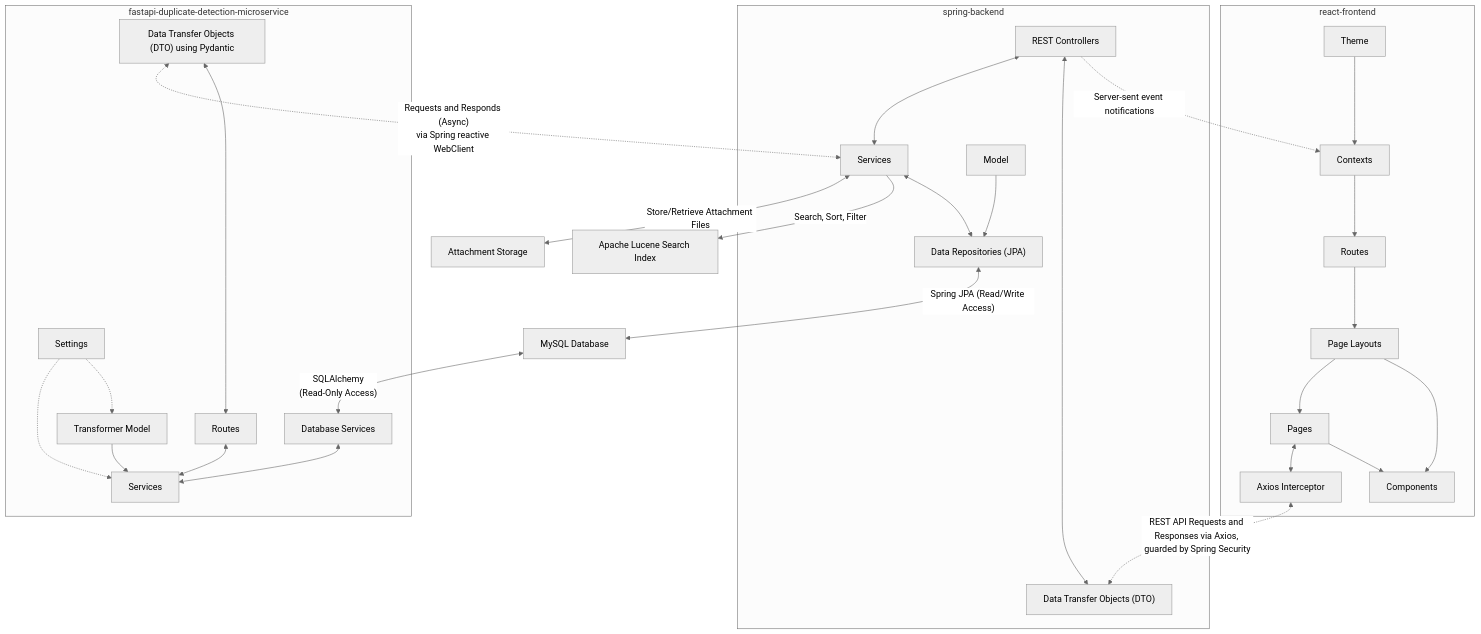
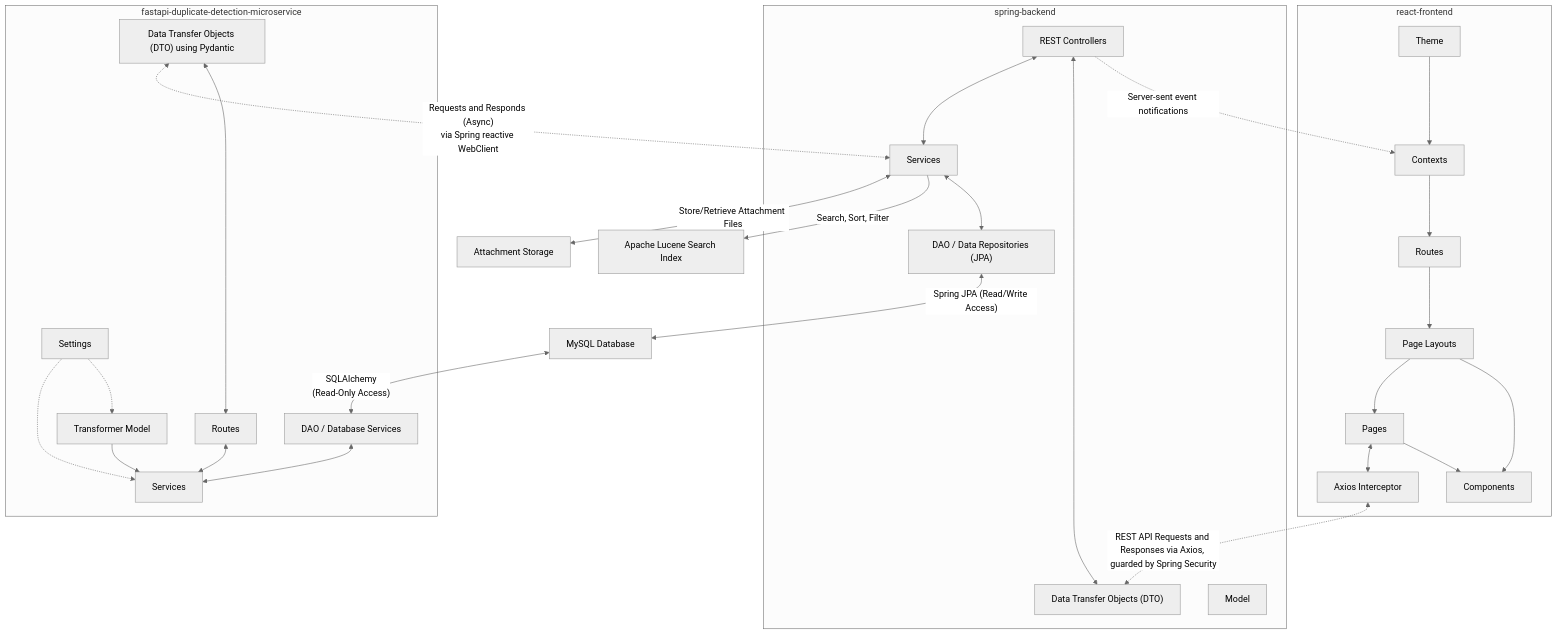
One commit to VrishtiVA/software-bug-reporting-and-tracking-system changed the second of 2 diagrams in DOCUMENTATION/ARCH.md. Above: the diagram before and after it, drawn with Mermaid. The commit also changed 1 other file, not shown here.

Commit message:
Updated documentation files.

````diff
--- a/DOCUMENTATION/ARCH.md
+++ b/DOCUMENTATION/ARCH.md
@@ -39,59 +39,58 @@
 ```mermaid
 %%{init: { 
   'theme': 'neutral'
 }}%%
 
 flowchart TB
   subgraph s1["react-frontend"]
     n1["Contexts"]
     n8["Axios Interceptor"]
     n12["Routes"]
     n13["Page Layouts"]
     n14["Pages"]
     n15["Theme"]
     n16["Components"]
   end
   subgraph s2["spring-backend"]
     n10["Data Transfer Objects (DTO)"]
     n2["REST Controllers"]
     n3["Services"]
     n9["Model"]
-    n4["Data Repositories (JPA)"]
+    n4["DAO / Data Repositories (JPA)"]
   end
   subgraph s3["fastapi-duplicate-detection-microservice"]
-    n6["Database Services"]
+    n6["DAO / Database Services"]
     n17["Data Transfer Objects (DTO) using Pydantic"]
     n18["Routes"]
     n19["Services"]
     n20["Settings"]
     n21["Transformer Model"]
   end
   n2 <--> n3 & n10
   n3 <-- Store/Retrieve Attachment Files --> n7["Attachment Storage"]
   n1 --> n12
   n3 -- Search, Sort, Filter --> n11["Apache Lucene Search Index"]
   n8 <-. REST API Requests and Responses via Axios, guarded by Spring Security .-> n10
   n12 --> n13
   n14 <--> n8
   n3 <--> n4
   n2 -. "Server-sent event notifications" .-> n1
   n13 --> n14 & n16
   n15 --> n1
   n14 --> n16
   n17 <-. Requests and Responds (Async)<br>via Spring reactive WebClient .-> n3
   n17 <--> n18
   n4 <-- Spring JPA (Read/Write Access) --> n5["MySQL Database"]
   n5 <-- "SQLAlchemy<br>(Read-Only Access)" --> n6
   n6 <--> n19
   n18 <--> n19
   n20 -.-> n19 & n21
   n21 --> n19
-  n9 --> n4
 
 %%  n10@{ shape: lean-l}
 %%  n17@{ shape: lean-l}
 %%  n20@{ shape: doc}
 %%  n7@{ shape: stored-data}
 %%  n11@{ shape: stored-data}
 %%  n5@{ shape: cyl}
 ```
````
